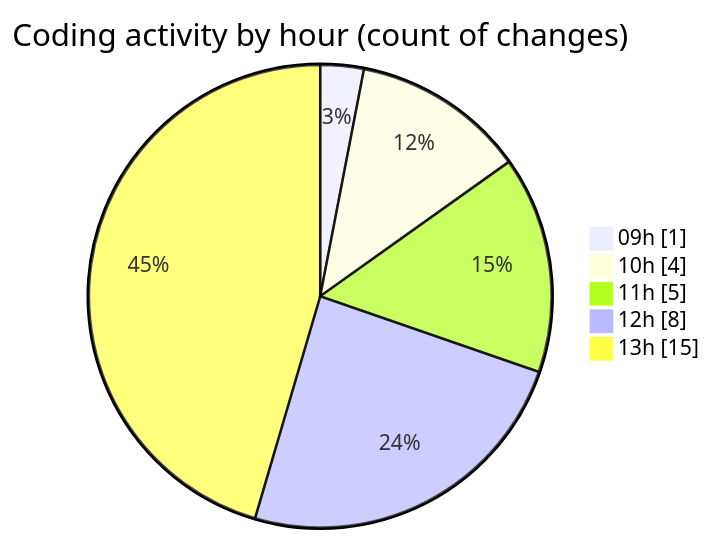
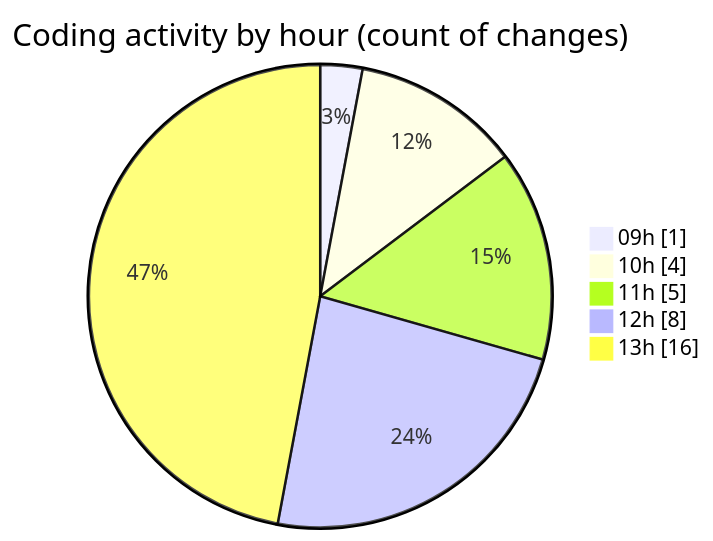
The second of 2 diagrams in 2025-02-24/cda/README.md (momahboobian/code-tracking), drawn with Mermaid before and after one commit. The commit also changed other lines of this file and 1 other file, not shown here.

````diff
--- a/2025-02-24/cda/README.md
+++ b/2025-02-24/cda/README.md
@@ -37,9 +37,9 @@
 ```mermaid
 pie showData
 title Coding activity by hour (count of changes)
 "09h" : 1
 "10h" : 4
 "11h" : 5
 "12h" : 8
-"13h" : 15
+"13h" : 16
 ```
````
